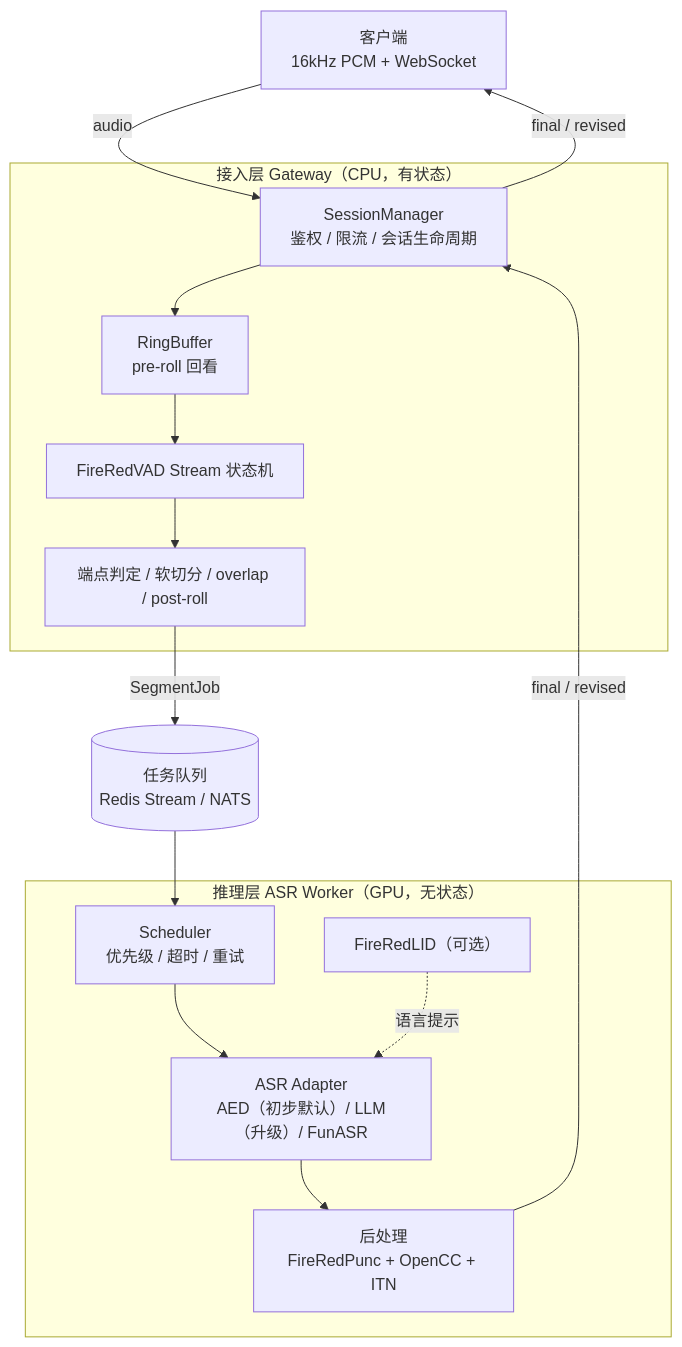
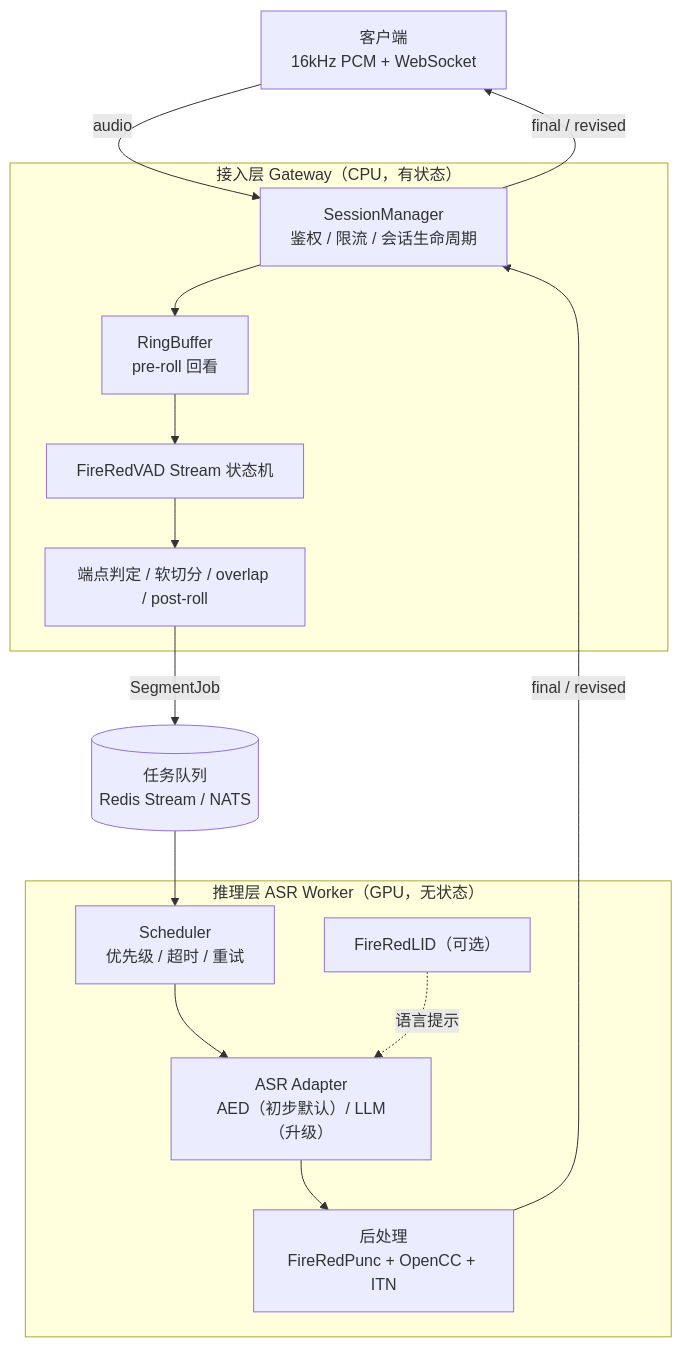
Before and after one commit to wonglaitung/FireRedASR2S: the first of 5 diagrams in docs/ARCHITECTURE.md, drawn with Mermaid. The commit also changed other lines of this file and 2 other files, not shown here.

Commit message:
docs: adopt single-engine strategy without FunASR fallback

````diff
--- a/docs/ARCHITECTURE.md
+++ b/docs/ARCHITECTURE.md
@@ -82,25 +83,25 @@
 ```mermaid
 flowchart TB
     C["客户端<br/>16kHz PCM + WebSocket"]
     subgraph GW["接入层 Gateway（CPU，有状态）"]
         SM["SessionManager<br/>鉴权 / 限流 / 会话生命周期"]
         RB["RingBuffer<br/>pre-roll 回看"]
         V["FireRedVAD Stream 状态机"]
         SB["端点判定 / 软切分 / overlap / post-roll"]
     end
     Q[("任务队列<br/>Redis Stream / NATS")]
     subgraph WK["推理层 ASR Worker（GPU，无状态）"]
         S["Scheduler<br/>优先级 / 超时 / 重试"]
-        A["ASR Adapter<br/>AED（初步默认）/ LLM（升级）/ FunASR"]
+        A["ASR Adapter<br/>AED（初步默认）/ LLM（升级）"]
         L["FireRedLID（可选）"]
         P["后处理<br/>FireRedPunc + OpenCC + ITN"]
     end
     C -- "audio" --> SM
     SM --> RB --> V --> SB
     SB -- "SegmentJob" --> Q
     Q --> S --> A
     L -. "语言提示" .-> A
     A --> P
     P -- "final / revised" --> SM
     SM -- "final / revised" --> C
 ```
````
